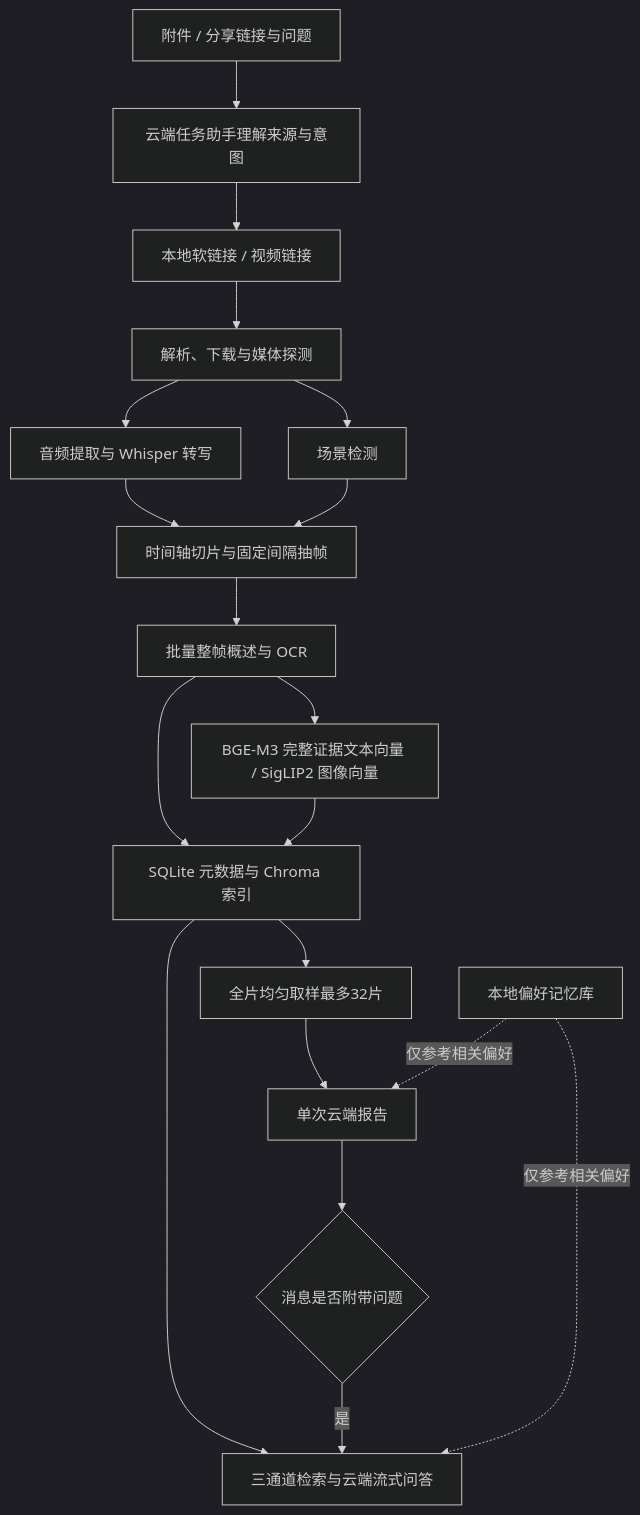
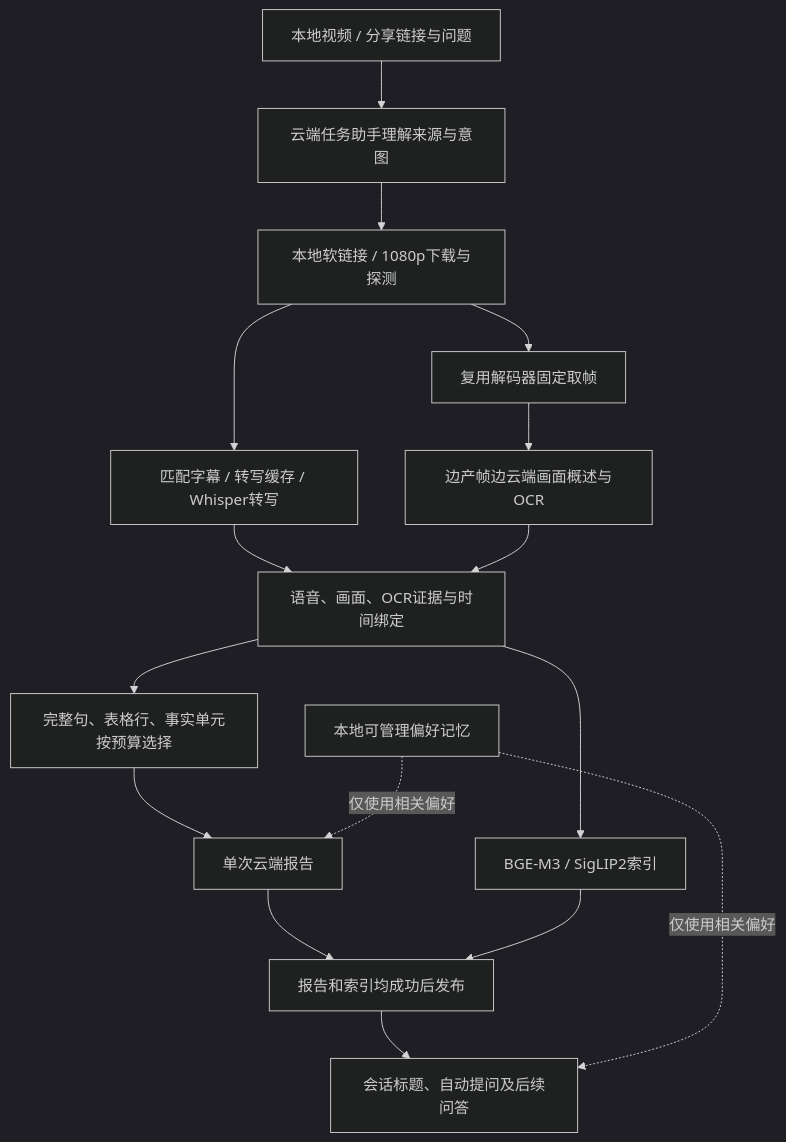
One commit to ohhh2020/VideoLens changed the diagram in docs/README.md. Above: the diagram before and after it, drawn with Mermaid (dark theme). The commit also changed other lines of this file and 63 other files, not shown here.

````diff
--- a/docs/README.md
+++ b/docs/README.md
@@ -21,21 +11,18 @@
 ```mermaid
 flowchart TD
-    U[附件 / 分享链接与问题] --> S[云端任务助手理解来源与意图]
-    S --> A[本地软链接 / 视频链接]
-    A --> B[解析、下载与媒体探测]
-    B --> C[音频提取与 Whisper 转写]
-    B --> D[场景检测]
-    C --> E[时间轴切片与固定间隔抽帧]
-    D --> E
-    E --> F[批量整帧概述与 OCR]
-    F --> G[BGE-M3 完整证据文本向量 / SigLIP2 图像向量]
-    F --> H[SQLite 元数据与 Chroma 索引]
-    G --> H
-    H --> T[全片均匀取样最多32片]
-    T --> I[单次云端报告]
-    H --> J[三通道检索与云端流式问答]
-    I --> Q{消息是否附带问题}
-    Q -->|是| J
-    K[本地偏好记忆库] -.仅参考相关偏好.-> I
-    K -.仅参考相关偏好.-> J
+    U[本地视频 / 分享链接与问题] --> A[云端任务助手理解来源与意图]
+    A --> B[本地软链接 / 1080p下载与探测]
+    B --> C[匹配字幕 / 转写缓存 / Whisper转写]
+    B --> D[复用解码器固定取帧]
+    D --> E[边产帧边云端画面概述与OCR]
+    C --> F[语音、画面、OCR证据与时间绑定]
+    E --> F
+    F --> G[完整句、表格行、事实单元按预算选择]
+    G --> H[单次云端报告]
+    F --> I[BGE-M3 / SigLIP2索引]
+    H --> J[报告和索引均成功后发布]
+    I --> J
+    J --> K[会话标题、自动提问及后续问答]
+    M[本地可管理偏好记忆] -.仅使用相关偏好.-> H
+    M -.仅使用相关偏好.-> K
 ```
````
